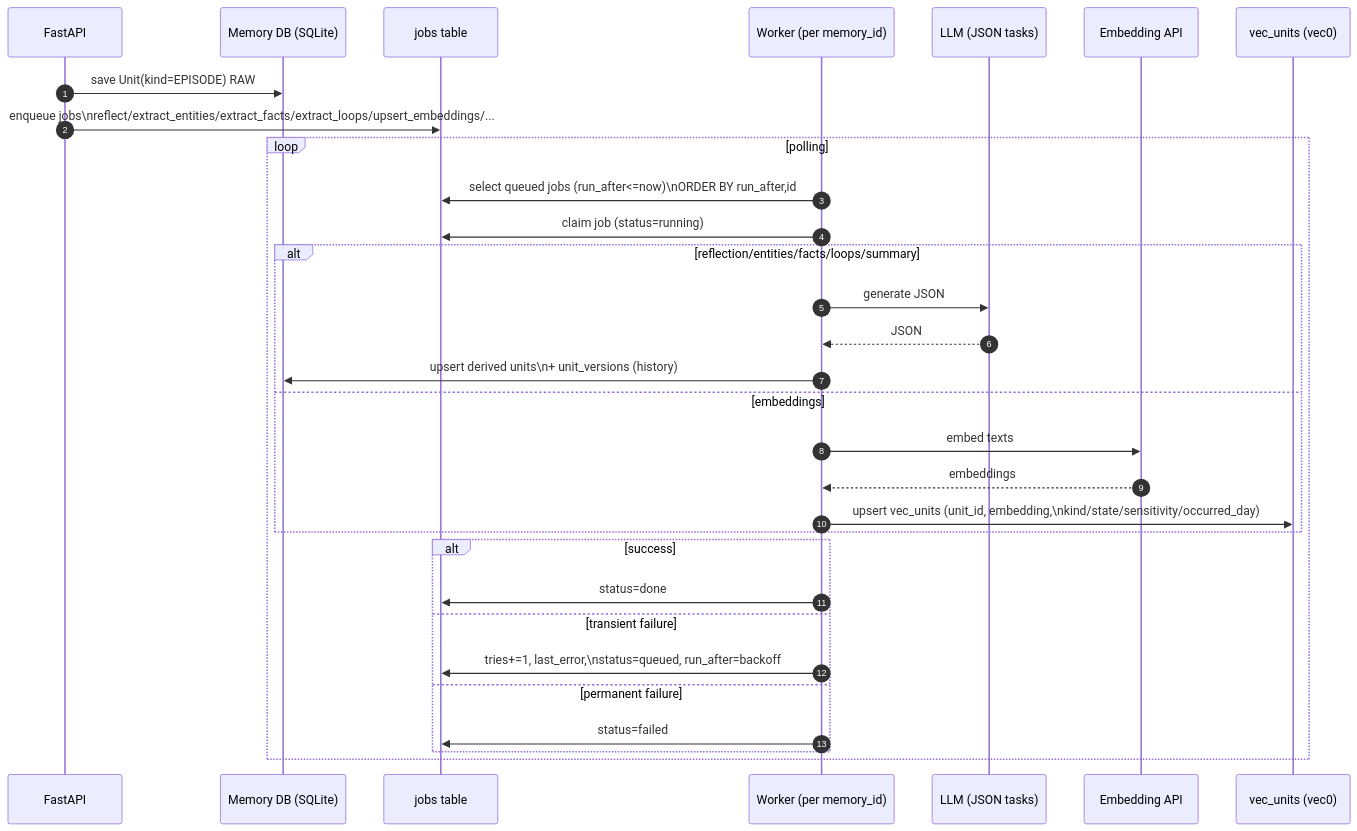
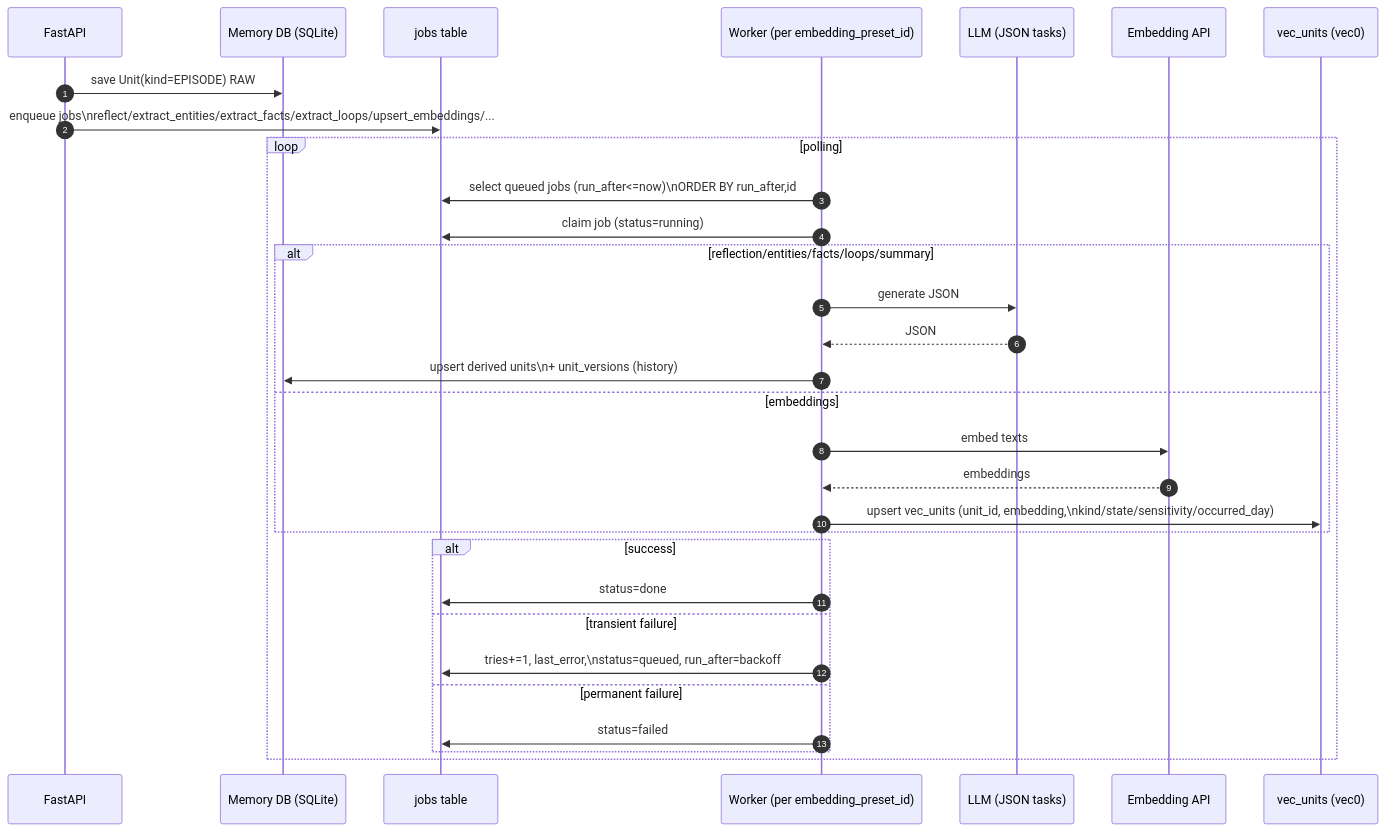
One commit to hirona98/cocoro_ghost changed the third of 5 diagrams in docs/architecture.md. Above: the diagram before and after it, drawn with Mermaid. The commit also changed other lines of this file and 20 other files, not shown here.

````diff
--- a/docs/architecture.md
+++ b/docs/architecture.md
@@ -134,34 +134,34 @@
 ```mermaid
 sequenceDiagram
   autonumber
   participant API as FastAPI
   participant DB as Memory DB (SQLite)
   participant Q as jobs table
-  participant W as Worker (per memory_id)
+  participant W as Worker (per embedding_preset_id)
   participant LLM as LLM (JSON tasks)
   participant EMB as Embedding API
   participant VEC as vec_units (vec0)
 
   API->>DB: save Unit(kind=EPISODE) RAW
   API->>Q: enqueue jobs\nreflect/extract_entities/extract_facts/extract_loops/upsert_embeddings/...
   loop polling
     W->>Q: select queued jobs (run_after<=now)\nORDER BY run_after,id
     W->>Q: claim job (status=running)
     alt reflection/entities/facts/loops/summary
       W->>LLM: generate JSON
       LLM-->>W: JSON
       W->>DB: upsert derived units\n+ unit_versions (history)
     else embeddings
       W->>EMB: embed texts
       EMB-->>W: embeddings
       W->>VEC: upsert vec_units (unit_id, embedding,\nkind/state/sensitivity/occurred_day)
     end
     alt success
       W->>Q: status=done
     else transient failure
       W->>Q: tries+=1, last_error,\nstatus=queued, run_after=backoff
     else permanent failure
       W->>Q: status=failed
     end
   end
 ```
````
